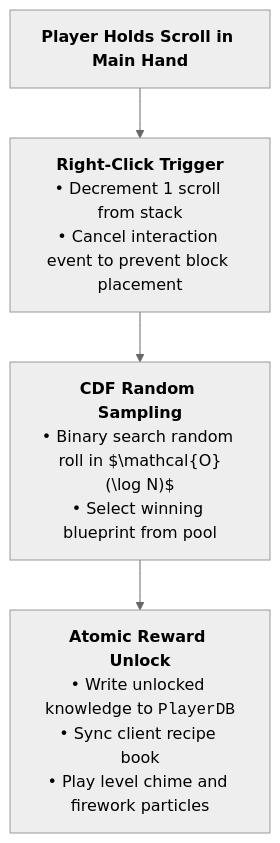
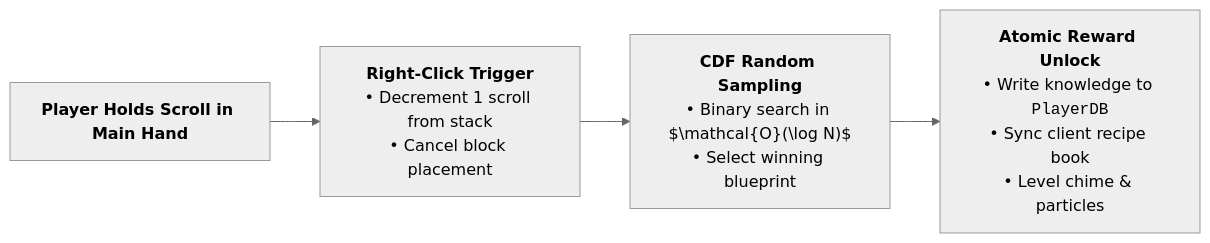
One commit to XZtotal/CraftingBlueprints-Wiki changed the diagram in docs/authoring/mystery-scrolls.md. Above: the diagram before and after it, drawn with Mermaid (neutral theme). The commit also changed 15 other files, not shown here.

Commit message:
style(docs): center diagrams, widen linear flows, reduce font size, and set table padding to 0.5rem

````diff
--- a/docs/authoring/mystery-scrolls.md
+++ b/docs/authoring/mystery-scrolls.md
@@ -130,9 +130,9 @@
 ```mermaid
-flowchart TD
+flowchart LR
     Hold["<b>Player Holds Scroll in Main Hand</b>"]
-    Click["<b>Right-Click Trigger</b><br/>• Decrement 1 scroll from stack<br/>• Cancel interaction event to prevent block placement"]
-    Roll["<b>CDF Random Sampling</b><br/>• Binary search random roll in $\mathcal{O}(\log N)$<br/>• Select winning blueprint from pool"]
-    Unlock["<b>Atomic Reward Unlock</b><br/>• Write unlocked knowledge to <code>PlayerDB</code><br/>• Sync client recipe book<br/>• Play level chime and firework particles"]
+    Click["<b>Right-Click Trigger</b><br/>• Decrement 1 scroll from stack<br/>• Cancel block placement"]
+    Roll["<b>CDF Random Sampling</b><br/>• Binary search in $\mathcal{O}(\log N)$<br/>• Select winning blueprint"]
+    Unlock["<b>Atomic Reward Unlock</b><br/>• Write knowledge to <code>PlayerDB</code><br/>• Sync client recipe book<br/>• Level chime &amp; particles"]
 
     Hold --> Click --> Roll --> Unlock
 ```
````
